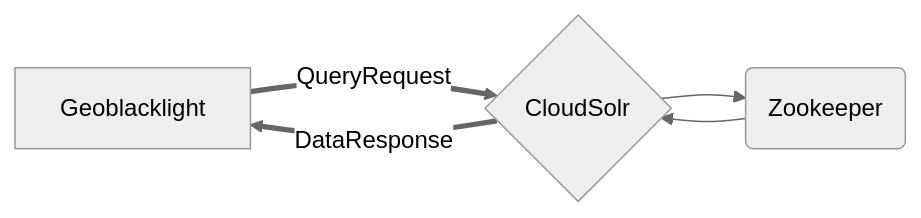
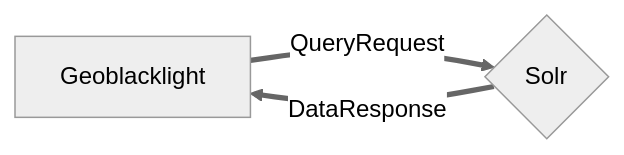
The diagram in README.md (ualibraries/ual-geoblacklight), drawn with Mermaid (neutral theme) before and after one commit. The commit also changed other lines of this file, not shown here.

Commit message:
Remove references to Zookeeper in README refs #15874

````diff
--- a/README.md
+++ b/README.md
@@ -11,9 +11,7 @@
 ```mermaid
   graph LR;
 
 
-      A[Geoblacklight]==>|QueryRequest|B{CloudSolr};
-      B{CloudSolr}-->D(Zookeeper);
-      D(Zookeeper)-->B{CloudSolr};
-      B{CloudSolr}==>|DataResponse|A[Geoblacklight];
+      A[Geoblacklight]==>|QueryRequest|B{Solr};
+      B{Solr}==>|DataResponse|A[Geoblacklight];
 ```
````
